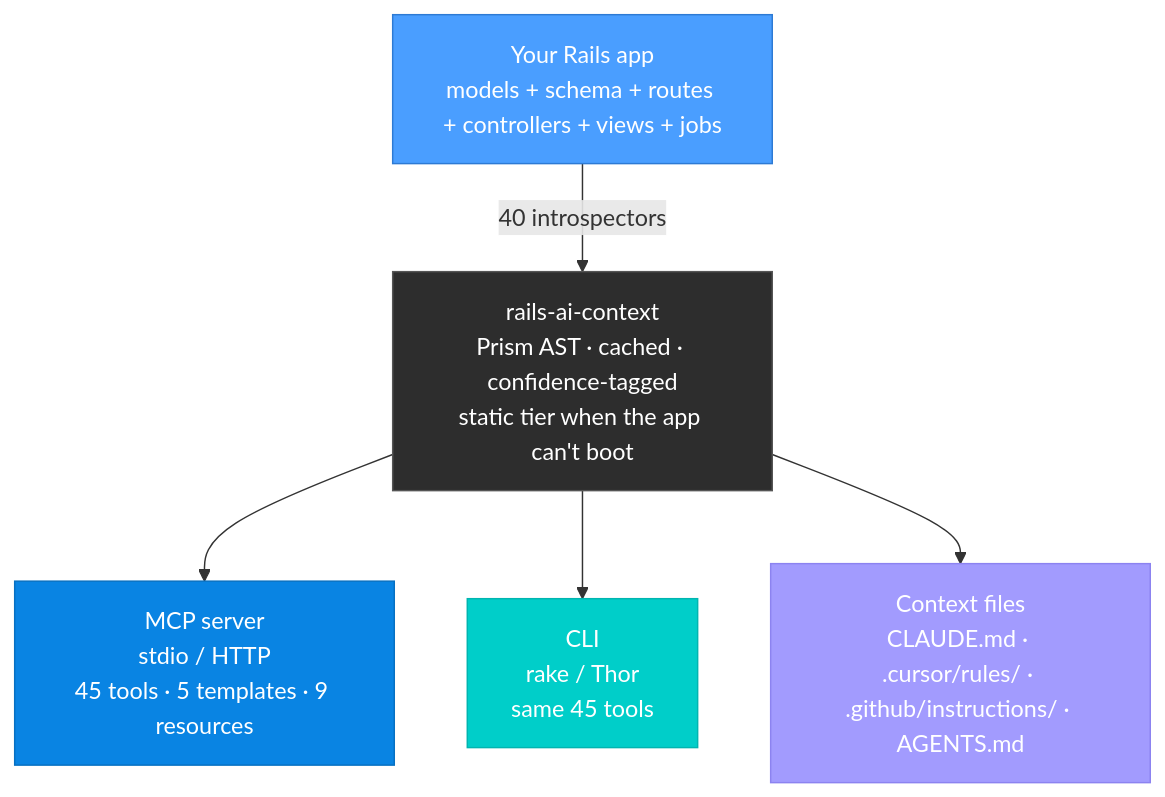
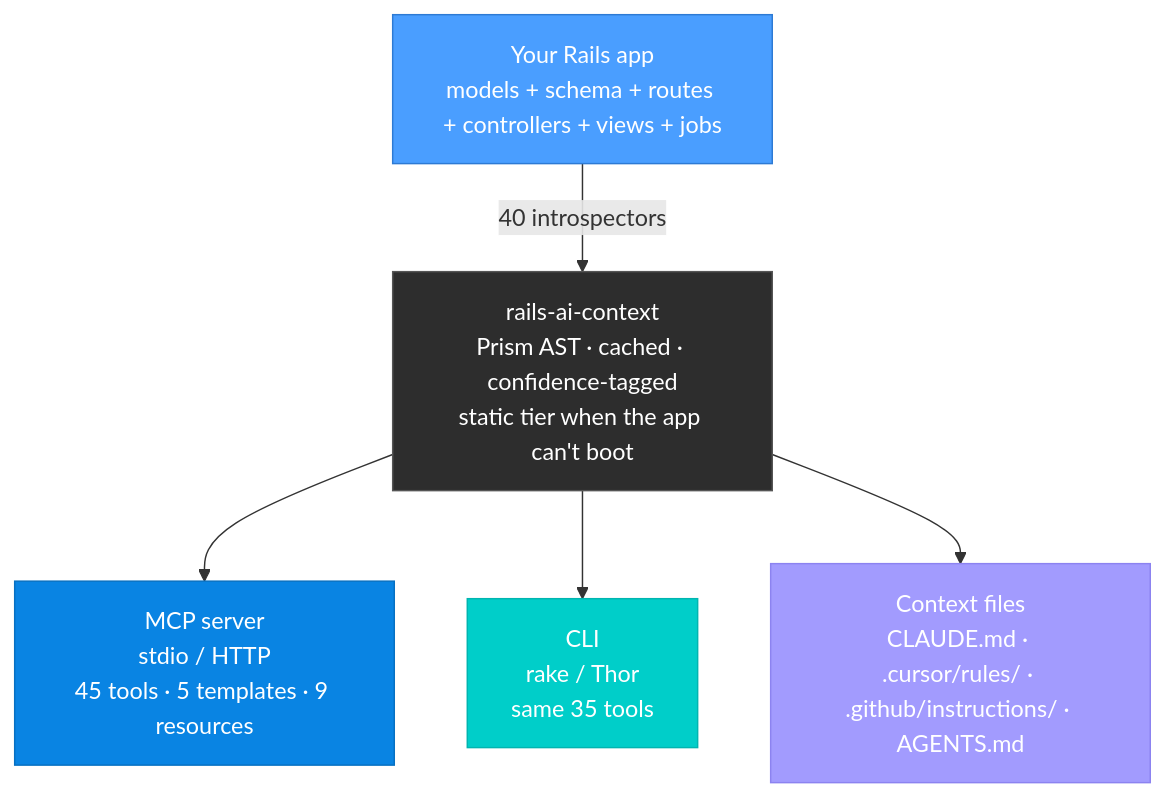
Before and after one commit to crisnahine/rails-ai-context: the diagram in README.md, drawn with Mermaid. The commit also changed other lines of this file and 22 other files, not shown here.

````diff
--- a/README.md
+++ b/README.md
@@ -153,14 +153,14 @@
 ```mermaid
 graph TD
     A["Your Rails app\nmodels + schema + routes + controllers + views + jobs"] -->|"40 introspectors"| B
     B["rails-ai-context\nPrism AST · cached · confidence-tagged\nstatic tier when the app can't boot"]
     B --> C["MCP server\nstdio / HTTP\n45 tools · 5 templates · 9 resources"]
-    B --> D["CLI\nrake / Thor\nsame 45 tools"]
+    B --> D["CLI\nrake / Thor\nsame 35 tools"]
     B --> E["Context files\nCLAUDE.md · .cursor/rules/ · .github/instructions/ · AGENTS.md"]
 
     style A fill:#4a9eff,stroke:#2d7ad4,color:#fff
     style B fill:#2d2d2d,stroke:#555,color:#fff
     style C fill:#0984e3,stroke:#0770c2,color:#fff
     style D fill:#00cec9,stroke:#00b5b0,color:#fff
     style E fill:#a29bfe,stroke:#8c83f0,color:#fff
 ```
````
